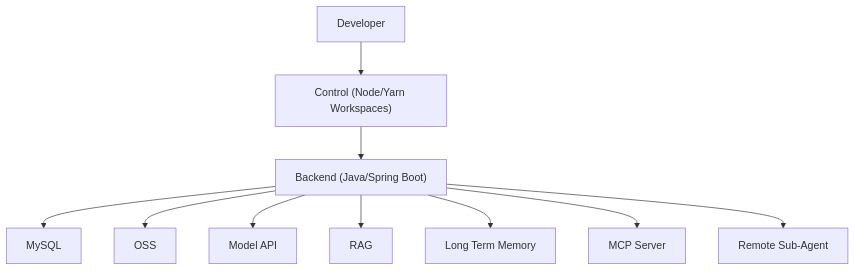
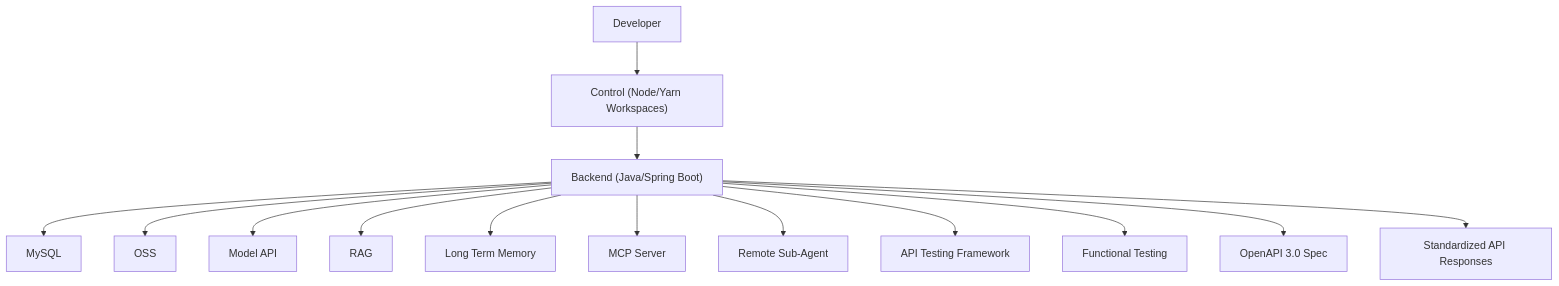
One commit to alibaba/tron-one-agent changed the second of 9 diagrams in .qoder/repowiki/en/content/Development Guidelines.md. Above: the diagram before and after it, drawn with Mermaid. The commit also changed other lines of this file and 6 other files, not shown here.

````diff
--- a/.qoder/repowiki/en/content/Development Guidelines.md
+++ b/.qoder/repowiki/en/content/Development Guidelines.md
@@ -121,22 +145,30 @@
 ```mermaid
 graph TB
 Dev["Developer"]
 Control["Control (Node/Yarn Workspaces)"]
 Backend["Backend (Java/Spring Boot)"]
 MySQL["MySQL"]
 OSS["OSS"]
 RAG["RAG"]
 LTM["Long Term Memory"]
 ModelAPI["Model API"]
 MCP["MCP Server"]
 RemoteSubAgent["Remote Sub-Agent"]
+API_TESTS["API Testing Framework"]
+FUNC_TESTS["Functional Testing"]
+OPENAPI["OpenAPI 3.0 Spec"]
+RESPONSE["Standardized API Responses"]
 Dev --> Control
 Control --> Backend
 Backend --> MySQL
 Backend --> OSS
 Backend --> ModelAPI
 Backend --> RAG
 Backend --> LTM
 Backend --> MCP
 Backend --> RemoteSubAgent
+Backend --> API_TESTS
+Backend --> FUNC_TESTS
+Backend --> OPENAPI
+Backend --> RESPONSE
 ```
````
